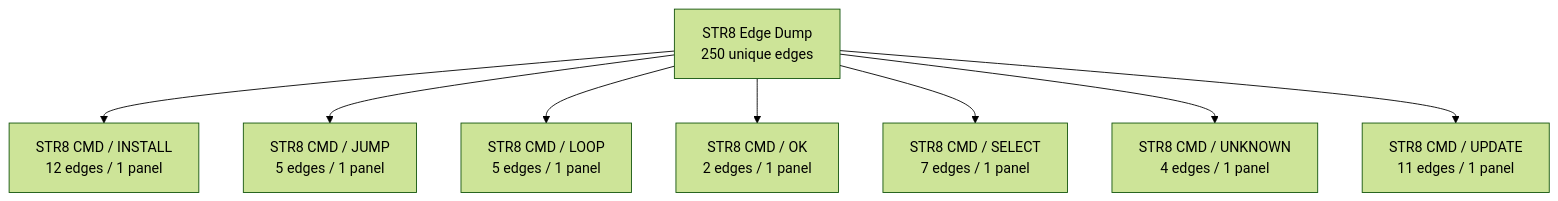
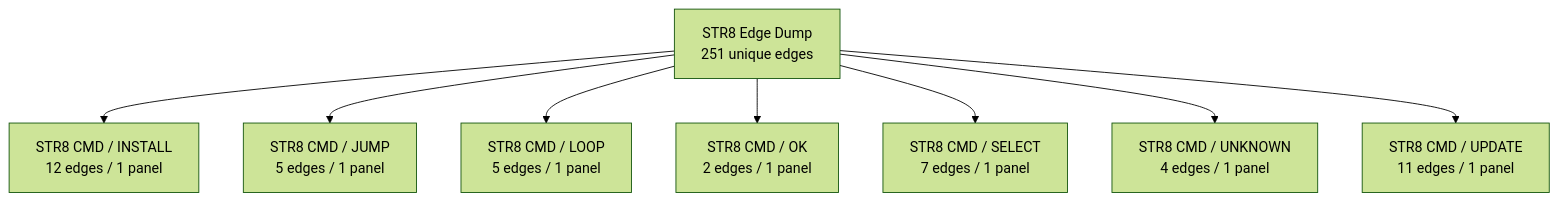
Before and after one commit to 95westus/R-YORS: the third of 42 diagrams in DOC/GUIDES/STR8/STR8_EDGE_DUMP.md, drawn with Mermaid (forest theme). The commit also changed other lines of this file and 65 other files, not shown here.

````diff
--- a/DOC/GUIDES/STR8/STR8_EDGE_DUMP.md
+++ b/DOC/GUIDES/STR8/STR8_EDGE_DUMP.md
@@ -62,10 +62,10 @@
 ```mermaid
 flowchart TD
-    EDGE_ATLAS_ROOT_2["STR8 Edge Dump<br/>250 unique edges"] --> EDGE_FAMILY_2_0["STR8 CMD / INSTALL<br/>12 edges / 1 panel"]
-    EDGE_ATLAS_ROOT_2["STR8 Edge Dump<br/>250 unique edges"] --> EDGE_FAMILY_2_1["STR8 CMD / JUMP<br/>5 edges / 1 panel"]
-    EDGE_ATLAS_ROOT_2["STR8 Edge Dump<br/>250 unique edges"] --> EDGE_FAMILY_2_2["STR8 CMD / LOOP<br/>5 edges / 1 panel"]
-    EDGE_ATLAS_ROOT_2["STR8 Edge Dump<br/>250 unique edges"] --> EDGE_FAMILY_2_3["STR8 CMD / OK<br/>2 edges / 1 panel"]
-    EDGE_ATLAS_ROOT_2["STR8 Edge Dump<br/>250 unique edges"] --> EDGE_FAMILY_2_4["STR8 CMD / SELECT<br/>7 edges / 1 panel"]
-    EDGE_ATLAS_ROOT_2["STR8 Edge Dump<br/>250 unique edges"] --> EDGE_FAMILY_2_5["STR8 CMD / UNKNOWN<br/>4 edges / 1 panel"]
-    EDGE_ATLAS_ROOT_2["STR8 Edge Dump<br/>250 unique edges"] --> EDGE_FAMILY_2_6["STR8 CMD / UPDATE<br/>11 edges / 1 panel"]
+    EDGE_ATLAS_ROOT_2["STR8 Edge Dump<br/>251 unique edges"] --> EDGE_FAMILY_2_0["STR8 CMD / INSTALL<br/>12 edges / 1 panel"]
+    EDGE_ATLAS_ROOT_2["STR8 Edge Dump<br/>251 unique edges"] --> EDGE_FAMILY_2_1["STR8 CMD / JUMP<br/>5 edges / 1 panel"]
+    EDGE_ATLAS_ROOT_2["STR8 Edge Dump<br/>251 unique edges"] --> EDGE_FAMILY_2_2["STR8 CMD / LOOP<br/>5 edges / 1 panel"]
+    EDGE_ATLAS_ROOT_2["STR8 Edge Dump<br/>251 unique edges"] --> EDGE_FAMILY_2_3["STR8 CMD / OK<br/>2 edges / 1 panel"]
+    EDGE_ATLAS_ROOT_2["STR8 Edge Dump<br/>251 unique edges"] --> EDGE_FAMILY_2_4["STR8 CMD / SELECT<br/>7 edges / 1 panel"]
+    EDGE_ATLAS_ROOT_2["STR8 Edge Dump<br/>251 unique edges"] --> EDGE_FAMILY_2_5["STR8 CMD / UNKNOWN<br/>4 edges / 1 panel"]
+    EDGE_ATLAS_ROOT_2["STR8 Edge Dump<br/>251 unique edges"] --> EDGE_FAMILY_2_6["STR8 CMD / UPDATE<br/>11 edges / 1 panel"]
 ```
````
